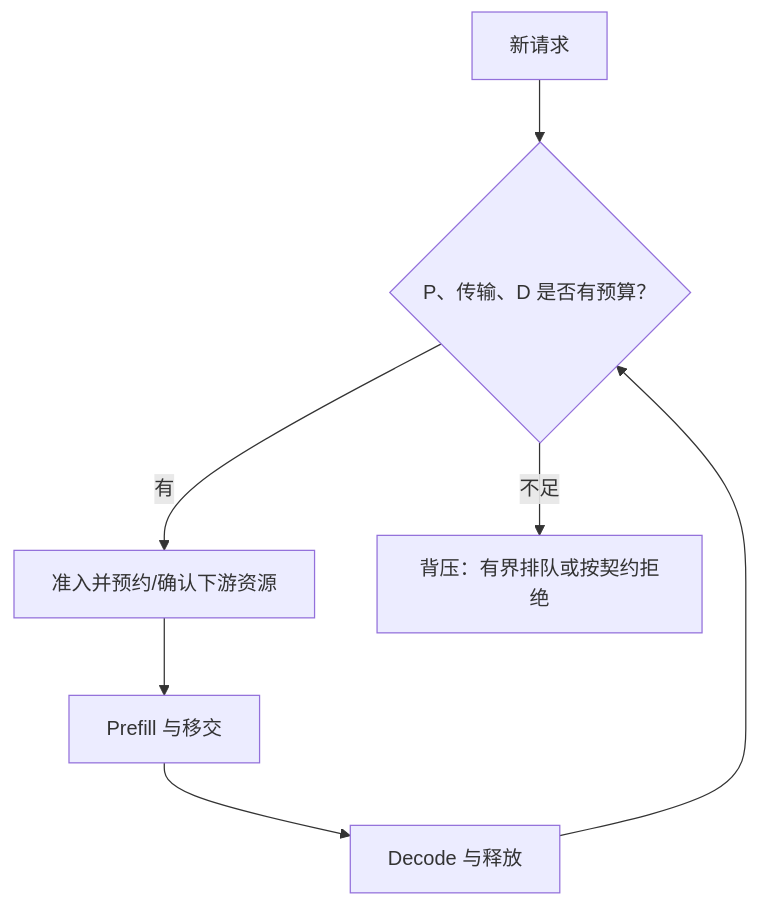
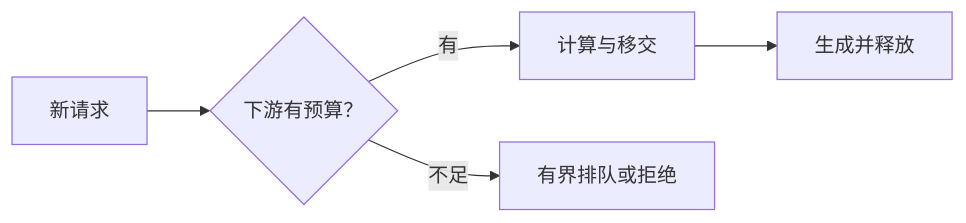
The diagram in docs/guides/模块四-推理优化/第7章-PD解耦架构/7.5-资源配比与调度挑战.md (caomaolufei/AIInfraGuide), drawn with Mermaid before and after one commit. The commit also changed other lines of this file and 12 other files, not shown here.

Commit message:
docs: revise chapter seven state flow, budgets and experiment guidance

````diff
--- a/docs/guides/模块四-推理优化/第7章-PD解耦架构/7.5-资源配比与调度挑战.md
+++ b/docs/guides/模块四-推理优化/第7章-PD解耦架构/7.5-资源配比与调度挑战.md
@@ -179,9 +182,7 @@
 ```mermaid
-graph TD
-    A["新请求"] --> B{"P、传输、D 是否有预算？"}
-    B -->|"有"| C["准入并预约/确认下游资源"]
-    C --> D["Prefill 与移交"]
-    D --> E["Decode 与释放"]
-    E --> B
-    B -->|"不足"| F["背压：有界排队或按契约拒绝"]
+flowchart LR
+    A["新请求"] --> B{"下游有预算？"}
+    B -->|"有"| C["计算与移交"]
+    C --> D["生成并释放"]
+    B -->|"不足"| E["有界排队或拒绝"]
 ```
````
